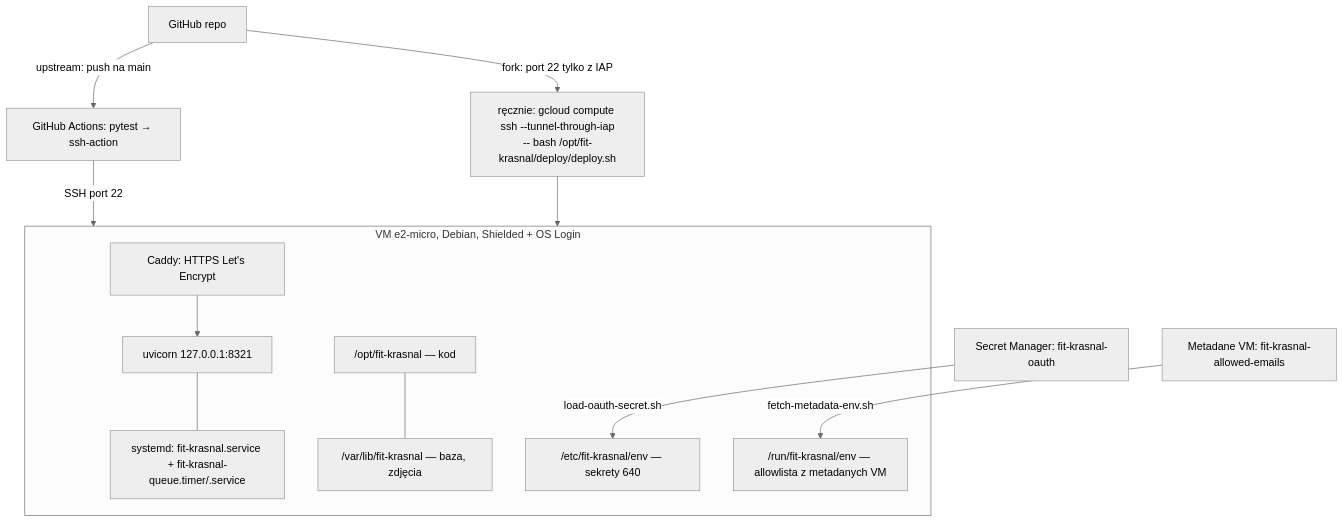
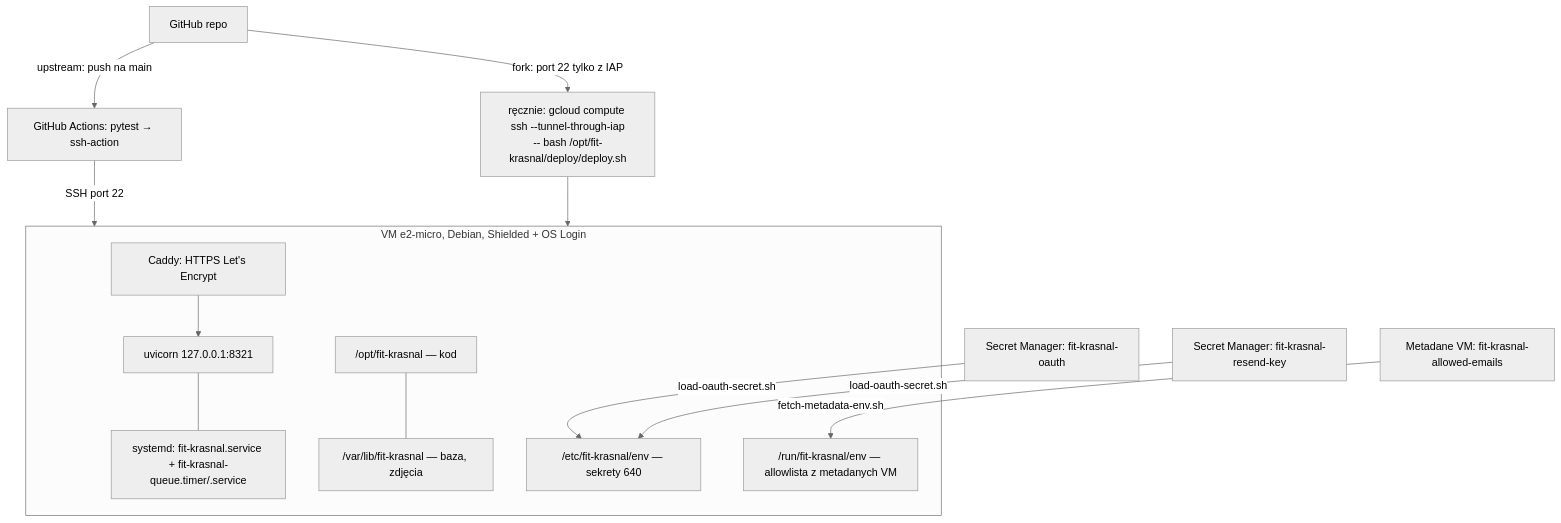
Before and after one commit to mariuszwojciechowski/bilans-kcal: the fourth of 4 diagrams in ARCHITEKTURA.md, drawn with Mermaid (neutral theme). The commit also changed other lines of this file and 7 other files, not shown here.

First line of the commit message:
Klucz API Resend w Secret Manager (VERSION 28.0.1)

````diff
--- a/ARCHITEKTURA.md
+++ b/ARCHITEKTURA.md
@@ -262,16 +262,17 @@
 ```mermaid
 flowchart TD
     gh[GitHub repo] -->|upstream: push na main| ga[GitHub Actions: pytest → ssh-action]
     ga -->|SSH port 22| vm
     gh -->|fork: port 22 tylko z IAP| manual["ręcznie: gcloud compute ssh --tunnel-through-iap<br/>-- bash /opt/fit-krasnal/deploy/deploy.sh"]
     manual --> vm
     subgraph vm [VM e2-micro, Debian, Shielded + OS Login]
         caddy["Caddy: HTTPS Let's Encrypt"] --> uv[uvicorn 127.0.0.1:8321]
         uv --- units["systemd: fit-krasnal.service + fit-krasnal-queue.timer/.service"]
         code["/opt/fit-krasnal — kod"] --- data["/var/lib/fit-krasnal — baza, zdjęcia"]
         env1["/etc/fit-krasnal/env — sekrety 640"]
         env2["/run/fit-krasnal/env — allowlista z metadanych VM"]
     end
     meta[Metadane VM: fit-krasnal-allowed-emails] -->|fetch-metadata-env.sh| env2
     sm[Secret Manager: fit-krasnal-oauth] -->|load-oauth-secret.sh| env1
+    sm2[Secret Manager: fit-krasnal-resend-key] -->|load-oauth-secret.sh| env1
 ```
````
